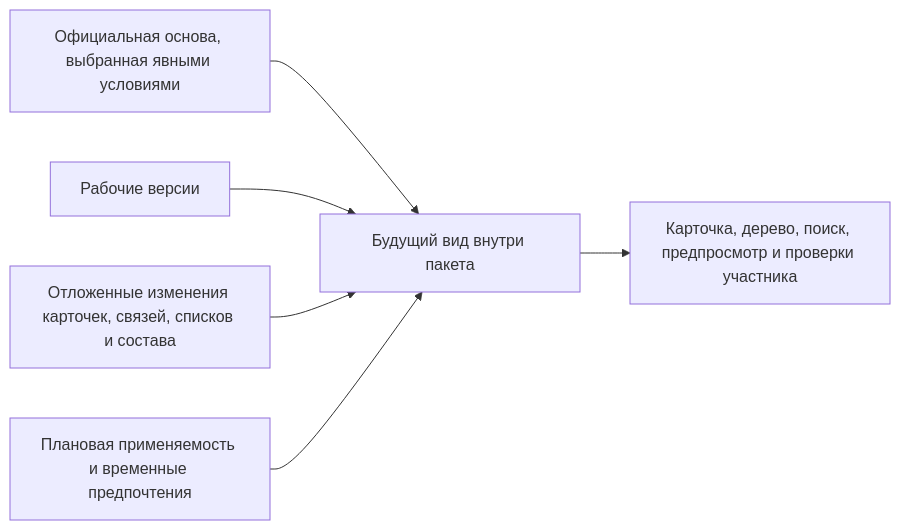
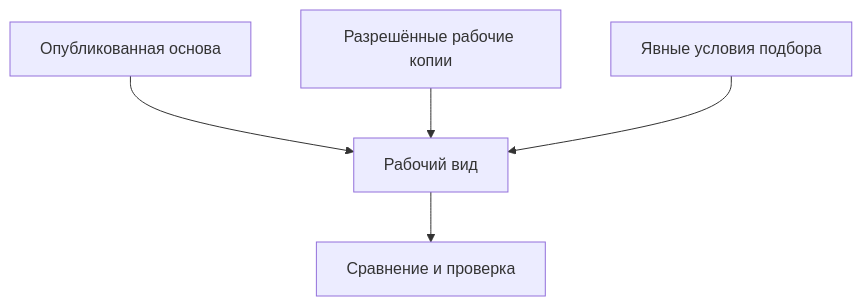
The first of 2 diagrams in wiki/Change-package-visibility.md (ZelAnton/Interlink-product-book), drawn with Mermaid before and after one commit. The commit also changed other lines of this file and 231 other files, not shown here.

````diff
--- a/wiki/Change-package-visibility.md
+++ b/wiki/Change-package-visibility.md
@@ -19,8 +30,7 @@
 ```mermaid
-flowchart LR
-    A["Официальная основа, выбранная явными условиями"] --> D["Будущий вид внутри пакета"]
-    B["Рабочие версии"] --> D
-    C["Отложенные изменения карточек, связей, списков и состава"] --> D
-    E["Плановая применяемость и временные предпочтения"] --> D
-    D --> F["Карточка, дерево, поиск, предпросмотр и проверки участника"]
+flowchart TD
+    A["Опубликованная основа"] --> D["Рабочий вид"]
+    B["Разрешённые рабочие копии"] --> D
+    C["Явные условия подбора"] --> D
+    D --> E["Сравнение и проверка"]
 ```
````
